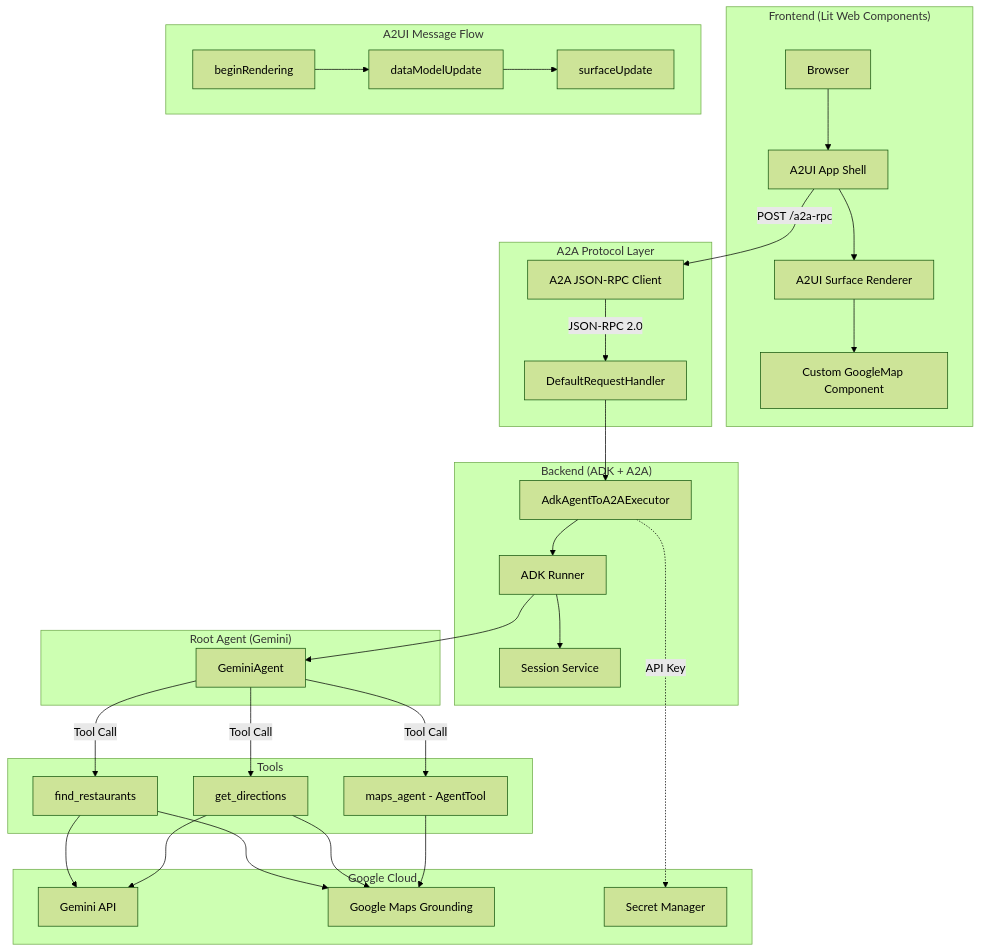
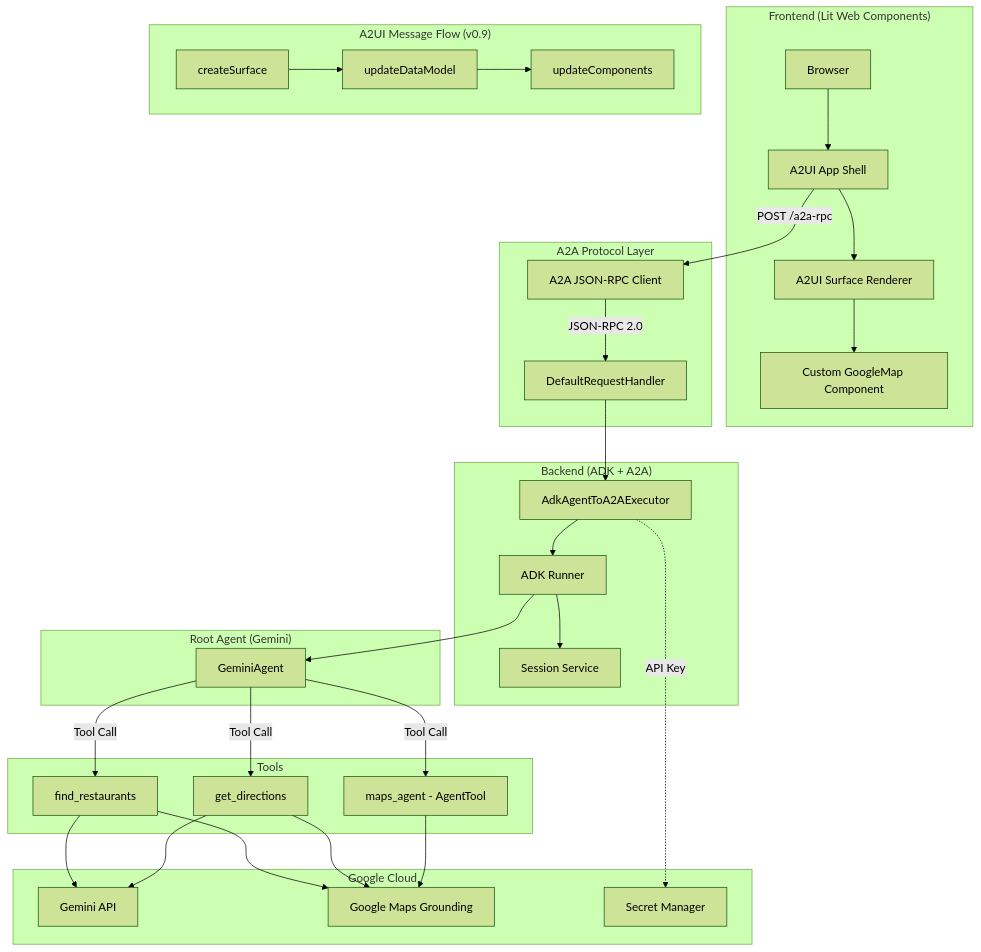
The second of 3 diagrams in README.md (wadave/agent-a2ui-demo), drawn with Mermaid (forest theme) before and after one commit. The commit also changed other lines of this file and 36 other files, not shown here.

````diff
--- a/README.md
+++ b/README.md
@@ -32,60 +32,60 @@
 ```mermaid
 graph TB
     subgraph "Frontend (Lit Web Components)"
         Browser[Browser]
         AppShell[A2UI App Shell]
         Surface[A2UI Surface Renderer]
         CustomComp[Custom GoogleMap Component]
         Browser --> AppShell
         AppShell --> Surface
         Surface --> CustomComp
     end
 
     subgraph "A2A Protocol Layer"
         Client[A2A JSON-RPC Client]
         Handler[DefaultRequestHandler]
         AppShell -->|"POST /a2a-rpc"| Client
         Client -->|"JSON-RPC 2.0"| Handler
     end
 
     subgraph "Backend (ADK + A2A)"
         Executor[AdkAgentToA2AExecutor]
         Runner[ADK Runner]
         Session[Session Service]
         Handler --> Executor
         Executor --> Runner
         Runner --> Session
     end
 
     subgraph "Root Agent (Gemini)"
         Agent[GeminiAgent]
         Runner --> Agent
     end
 
     subgraph "Tools"
         FindRest[find_restaurants]
         GetDir[get_directions]
         MapsAgent[maps_agent - AgentTool]
         Agent -->|"Tool Call"| FindRest
         Agent -->|"Tool Call"| GetDir
         Agent -->|"Tool Call"| MapsAgent
     end
 
     subgraph "Google Cloud"
         GeminiAPI[Gemini API]
         MapsGround[Google Maps Grounding]
         SecretMgr[Secret Manager]
         FindRest --> GeminiAPI
         FindRest --> MapsGround
         GetDir --> GeminiAPI
         GetDir --> MapsGround
         MapsAgent --> MapsGround
         Executor -.->|"API Key"| SecretMgr
     end
 
-    subgraph "A2UI Message Flow"
+    subgraph "A2UI Message Flow (v0.9)"
         direction LR
-        BR[beginRendering] --> DMU[dataModelUpdate]
-        DMU --> SU[surfaceUpdate]
+        CS[createSurface] --> UDM[updateDataModel]
+        UDM --> UC[updateComponents]
     end
 ```
````
